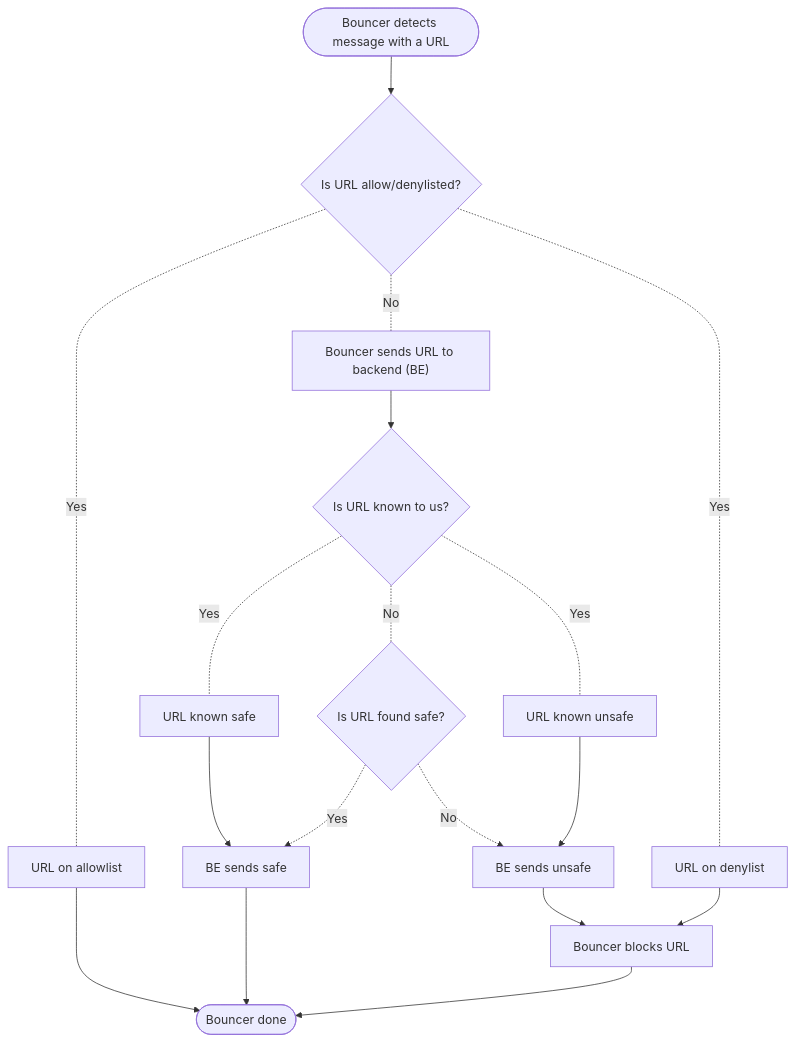
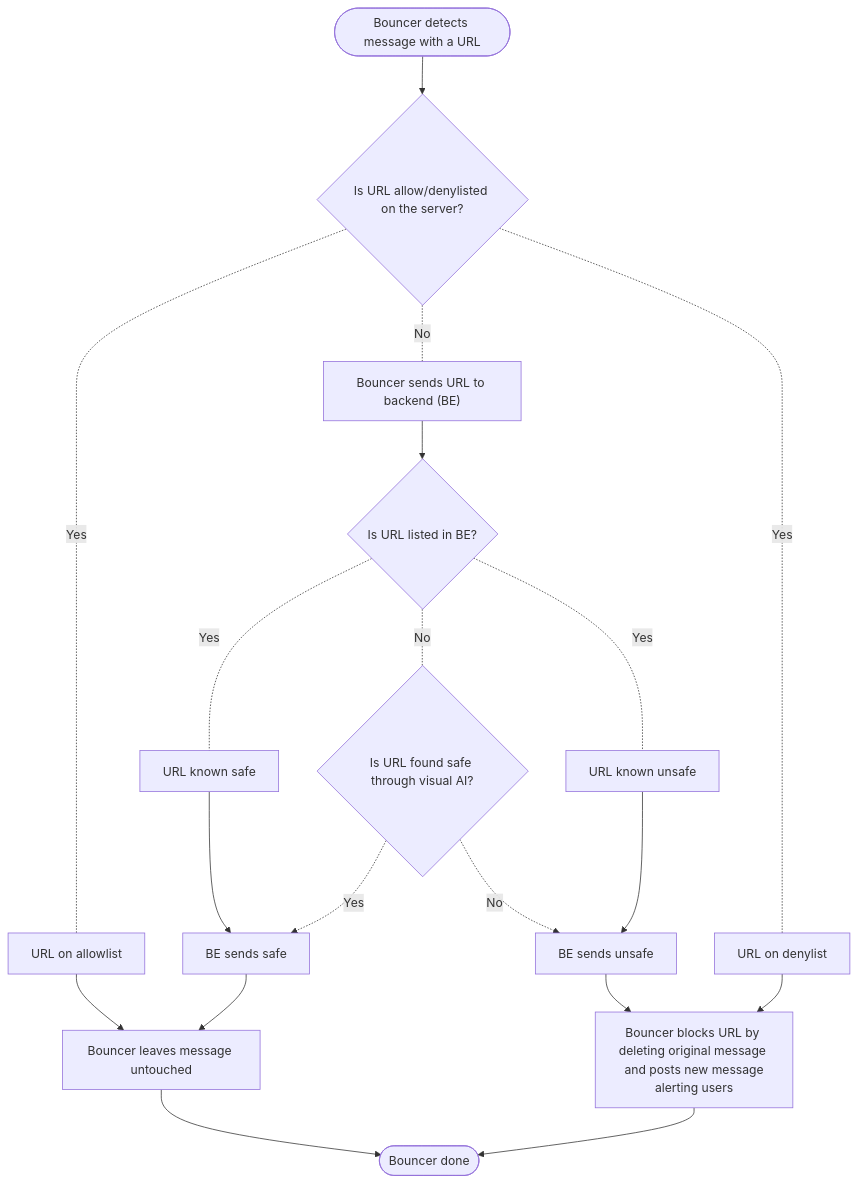
The diagram in README.md (interlock-network/interlock-bouncer-documentation), drawn with Mermaid before and after one commit.

Commit message:
Update README.md
added further details. Terminology and structure will need changing as needed.

````diff
--- a/README.md
+++ b/README.md
@@ -55,20 +55,21 @@
 ```mermaid
 graph TD;
-A([Bouncer detects message with a URL]) --> B{Is URL allow/denylisted?}
+A([Bouncer detects message with a URL]) --> B{Is URL allow/denylisted on the server?}
 B -.- |Yes|D[URL on allowlist]
-D ---> O
-C --> E[Bouncer blocks URL]
+C --> E[Bouncer blocks URL by deleting original message <br> and posts new message alerting users]
 B -.- |No|F["Bouncer sends URL to backend (BE)"]
 B -.- |Yes|C[URL on denylist]
-F --> P{Is URL known to us?}
+F --> P{Is URL listed in BE?}
 P -.- |Yes|G[URL known safe]
-P -.- |No|I{Is URL found safe?}
+P -.- |No|I{Is URL found safe through visual AI?}
 G --> J[BE sends safe]
 H --> K[BE sends unsafe]
 I -.-> |Yes|J[BE sends safe]
 I -.-> |No|K
 P -.- |Yes|H[URL known unsafe]
-J --> O([Bouncer done])
+J --> M[Bouncer leaves message untouched] 
+M --> O([Bouncer done])
+D --> M
 E --> O
 K --> E
 ```
````
